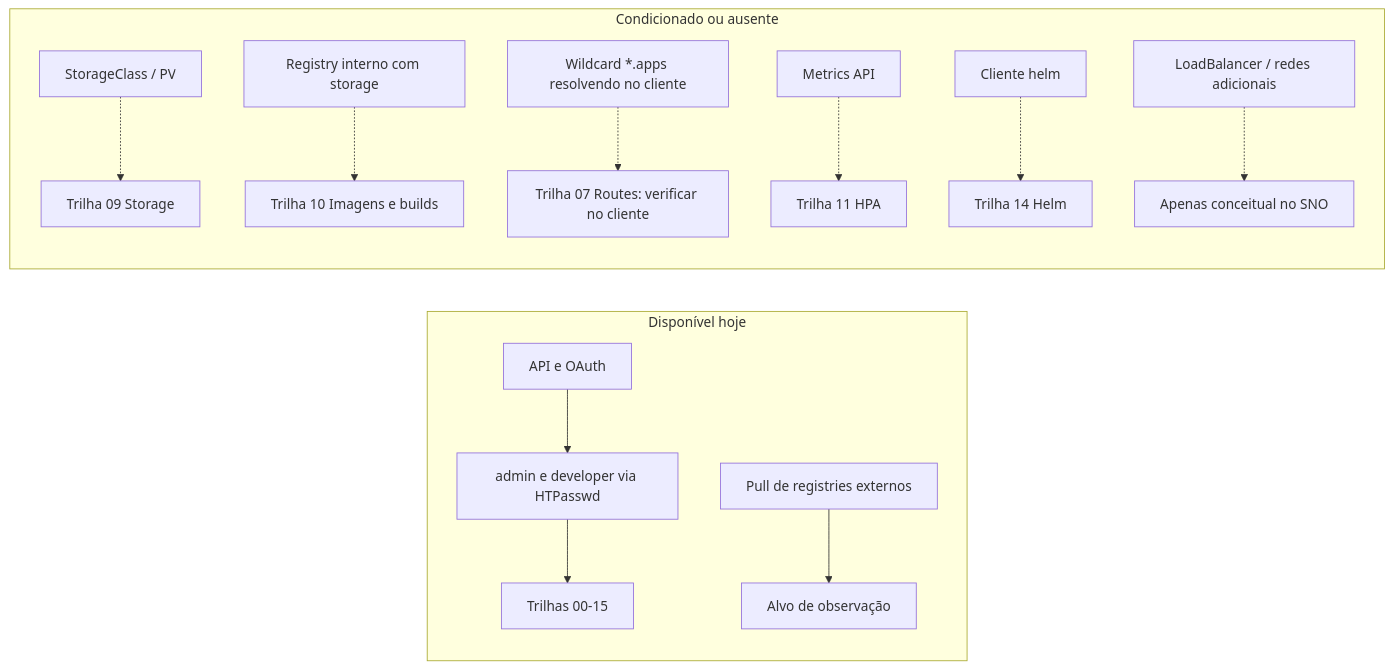
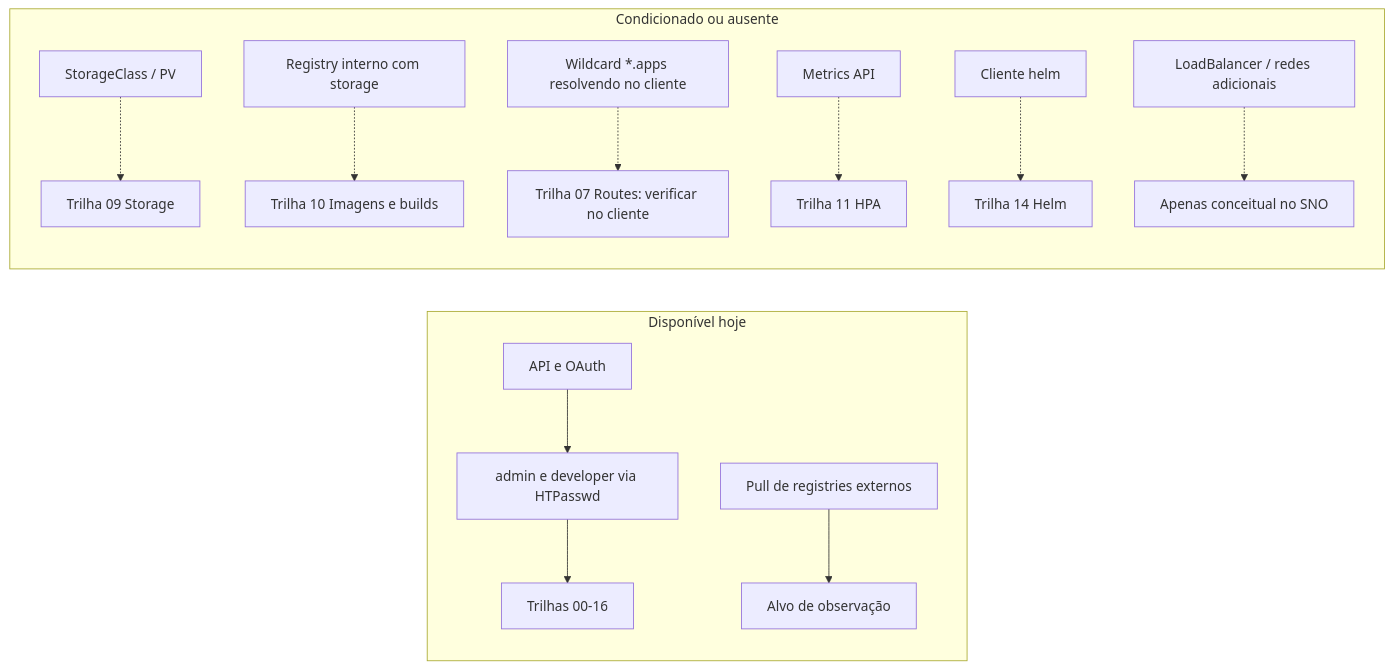
One commit to eduardoandradej/academia-comandos-openshift changed the diagram in catalogo/matriz-competencias.md. Above: the diagram before and after it, drawn with Mermaid. The commit also changed other lines of this file and 59 other files, not shown here.

````diff
--- a/catalogo/matriz-competencias.md
+++ b/catalogo/matriz-competencias.md
@@ -53,16 +53,16 @@
 ```mermaid
 flowchart LR
   subgraph disponivel[Disponível hoje]
     API[API e OAuth] --> ID[admin e developer via HTPasswd]
-    ID --> T00[Trilhas 00-15]
+    ID --> T00[Trilhas 00-16]
     IMG[Pull de registries externos] --> T02[Alvo de observação]
   end
   subgraph condicionado[Condicionado ou ausente]
     SC[StorageClass / PV] -.-> T09[Trilha 09 Storage]
     REG[Registry interno com storage] -.-> T10[Trilha 10 Imagens e builds]
     DNS[Wildcard *.apps resolvendo no cliente] -.-> T07[Trilha 07 Routes: verificar no cliente]
     MET[Metrics API] -.-> T11[Trilha 11 HPA]
     HELM[Cliente helm] -.-> T14[Trilha 14 Helm]
     LB[LoadBalancer / redes adicionais] -.-> X[Apenas conceitual no SNO]
   end
 ```
````
